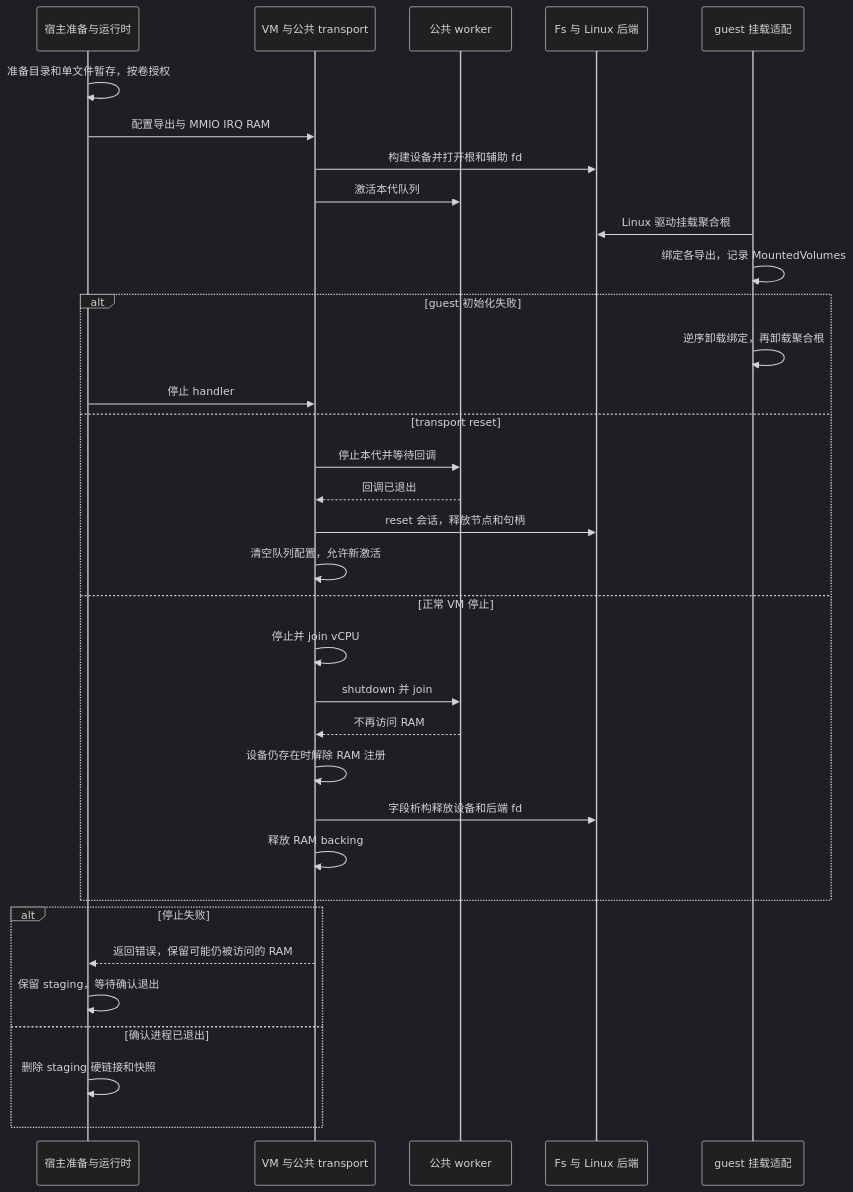
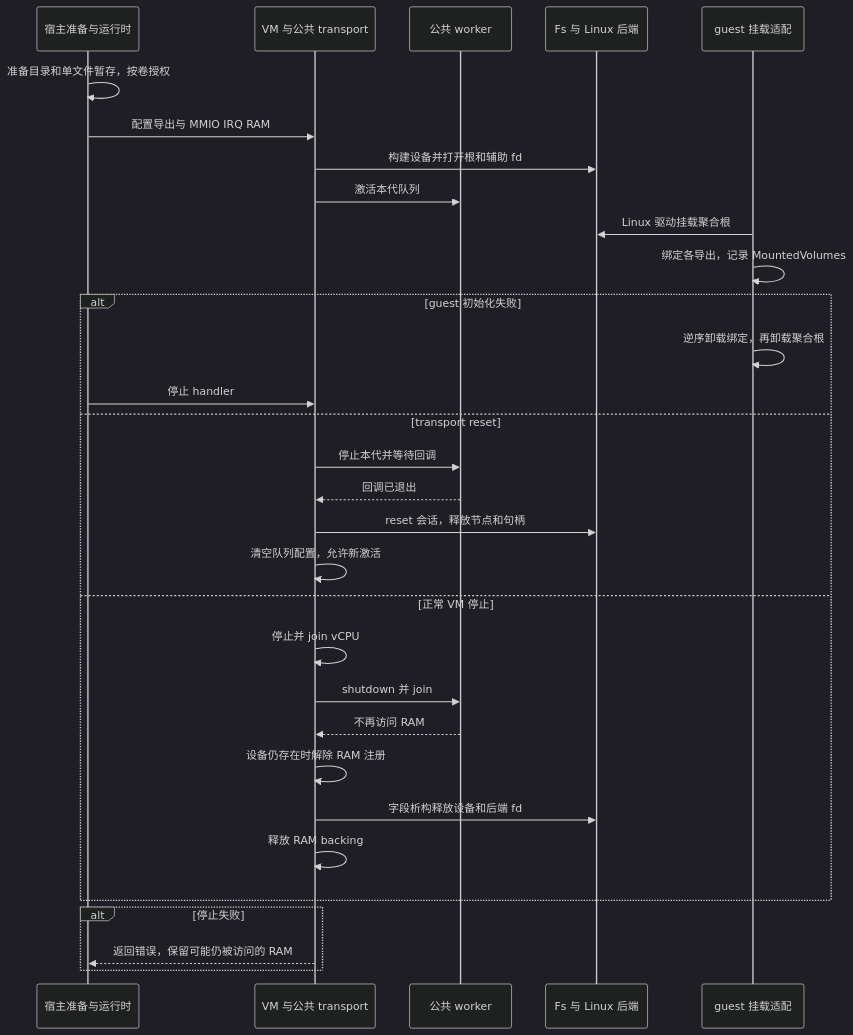
The fifth of 5 diagrams in docs/contributing/architecture/vmm/virtio-fs.md (boxlite-ai/boxlite), drawn with Mermaid (dark theme) before and after one commit. The commit also changed other lines of this file and 18 other files, not shown here.

````diff
--- a/docs/contributing/architecture/vmm/virtio-fs.md
+++ b/docs/contributing/architecture/vmm/virtio-fs.md
@@ -215,36 +220,33 @@
 ```mermaid
 sequenceDiagram
     participant H as 宿主准备与运行时
     participant V as VM 与公共 transport
     participant W as 公共 worker
     participant F as Fs 与 Linux 后端
     participant G as guest 挂载适配
     H->>H: 准备目录和单文件暂存，按卷授权
     H->>V: 配置导出与 MMIO IRQ RAM
     V->>F: 构建设备并打开根和辅助 fd
     V->>W: 激活本代队列
     G->>F: Linux 驱动挂载聚合根
     G->>G: 绑定各导出，记录 MountedVolumes
     alt guest 初始化失败
         G->>G: 逆序卸载绑定，再卸载聚合根
         H->>V: 停止 handler
     else transport reset
         V->>W: 停止本代并等待回调
         W-->>V: 回调已退出
         V->>F: reset 会话，释放节点和句柄
         V->>V: 清空队列配置，允许新激活
     else 正常 VM 停止
         V->>V: 停止并 join vCPU
         V->>W: shutdown 并 join
         W-->>V: 不再访问 RAM
         V->>V: 设备仍存在时解除 RAM 注册
         V->>F: 字段析构释放设备和后端 fd
         V->>V: 释放 RAM backing
     end
     alt 停止失败
         V-->>H: 返回错误，保留可能仍被访问的 RAM
-        H->>H: 保留 staging，等待确认退出
-    else 确认进程已退出
-        H->>H: 删除 staging 硬链接和快照
     end
 ```
````
